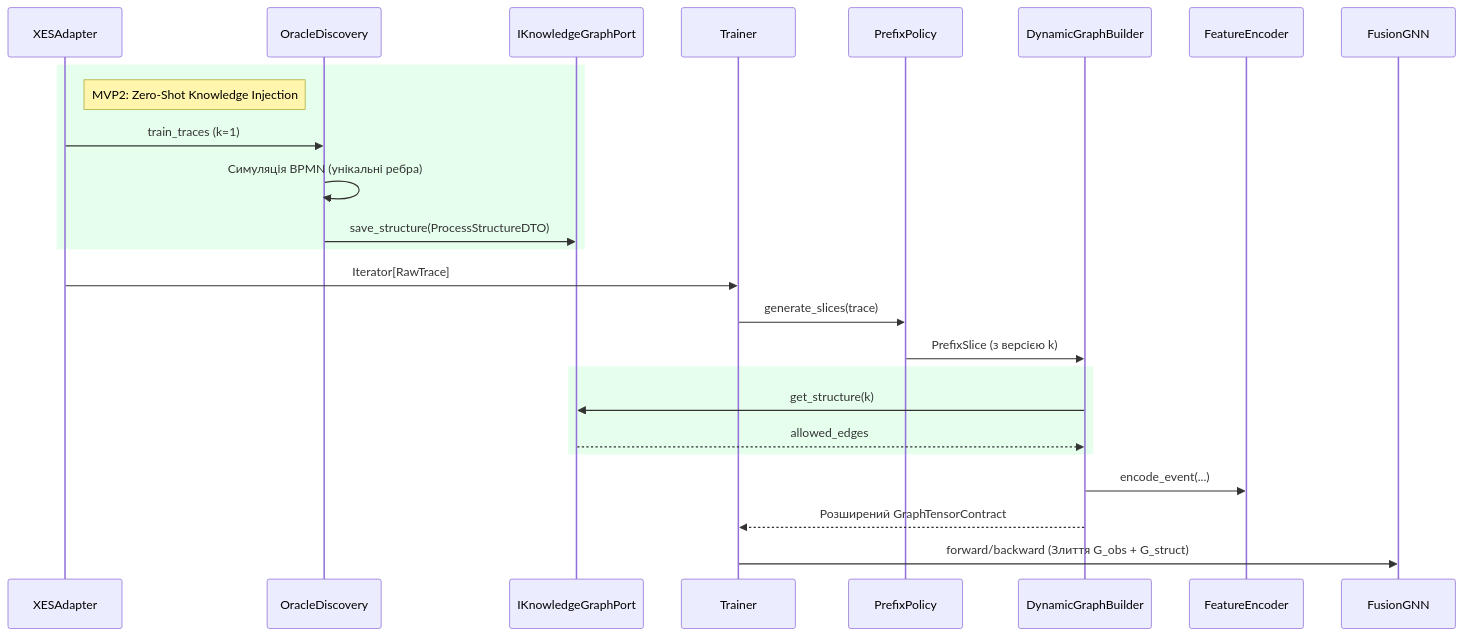
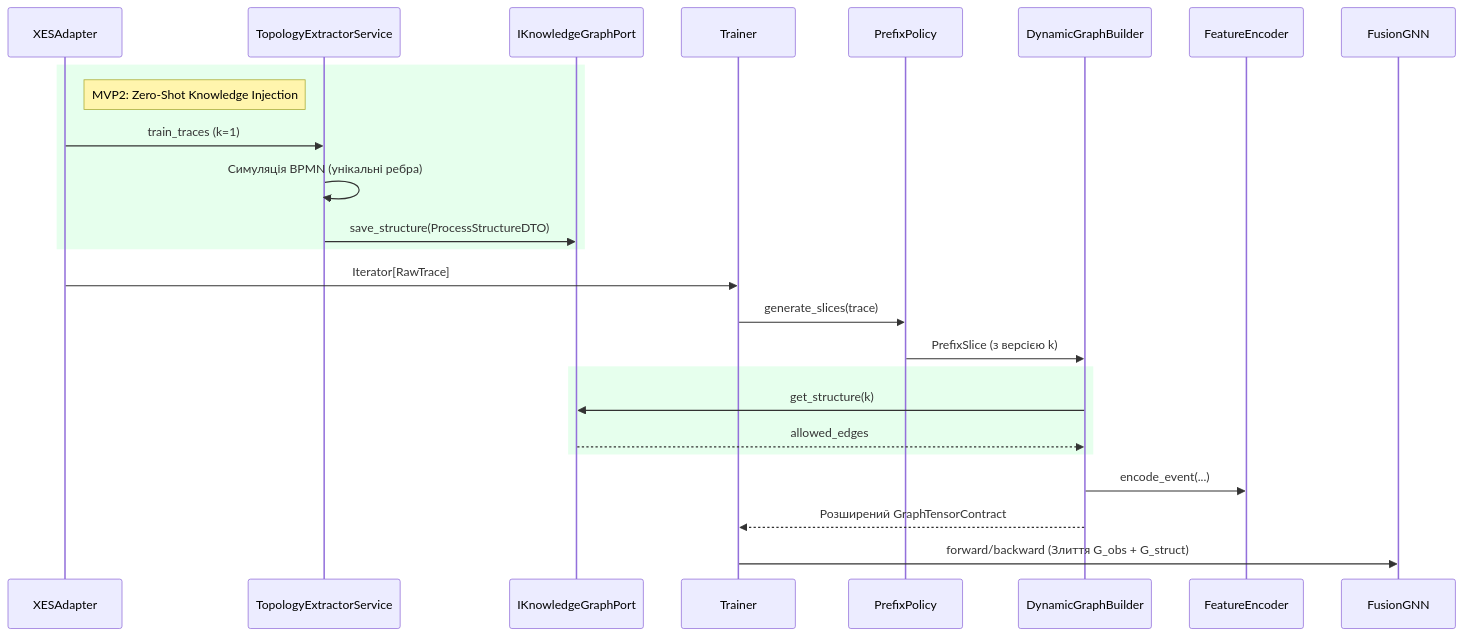
Before and after one commit to ghsrg/bpm_prediction: the third of 5 diagrams in docs/ARCHITECTURE_MVP2.MD, drawn with Mermaid. The commit also changed other lines of this file and 4 other files, not shown here.

````diff
--- a/docs/ARCHITECTURE_MVP2.MD
+++ b/docs/ARCHITECTURE_MVP2.MD
@@ -139,31 +139,31 @@
 ```mermaid
 sequenceDiagram
     participant XES as XESAdapter
-    participant Oracle as OracleDiscovery
+    participant TopologyExtractor as TopologyExtractorService
     participant KG as IKnowledgeGraphPort
     participant TR as Trainer
     participant PP as PrefixPolicy
     participant DGB as DynamicGraphBuilder
     participant FE as FeatureEncoder
     participant M as FusionGNN
 
     rect rgb(230, 255, 237)
     Note right of XES: MVP2: Zero-Shot Knowledge Injection
-    XES->>Oracle: train_traces (k=1)
-    Oracle->>Oracle: Симуляція BPMN (унікальні ребра)
-    Oracle->>KG: save_structure(ProcessStructureDTO)
+    XES->>TopologyExtractor: train_traces (k=1)
+    TopologyExtractor->>TopologyExtractor: Симуляція BPMN (унікальні ребра)
+    TopologyExtractor->>KG: save_structure(ProcessStructureDTO)
     end
 
     XES->>TR: Iterator[RawTrace]
     TR->>PP: generate_slices(trace)
     PP->>DGB: PrefixSlice (з версією k)
     
     rect rgb(230, 255, 237)
     DGB->>KG: get_structure(k)
     KG-->>DGB: allowed_edges
     end
     
     DGB->>FE: encode_event(...)
     DGB-->>TR: Розширений GraphTensorContract
     TR->>M: forward/backward (Злиття G_obs + G_struct)
 ```
````
